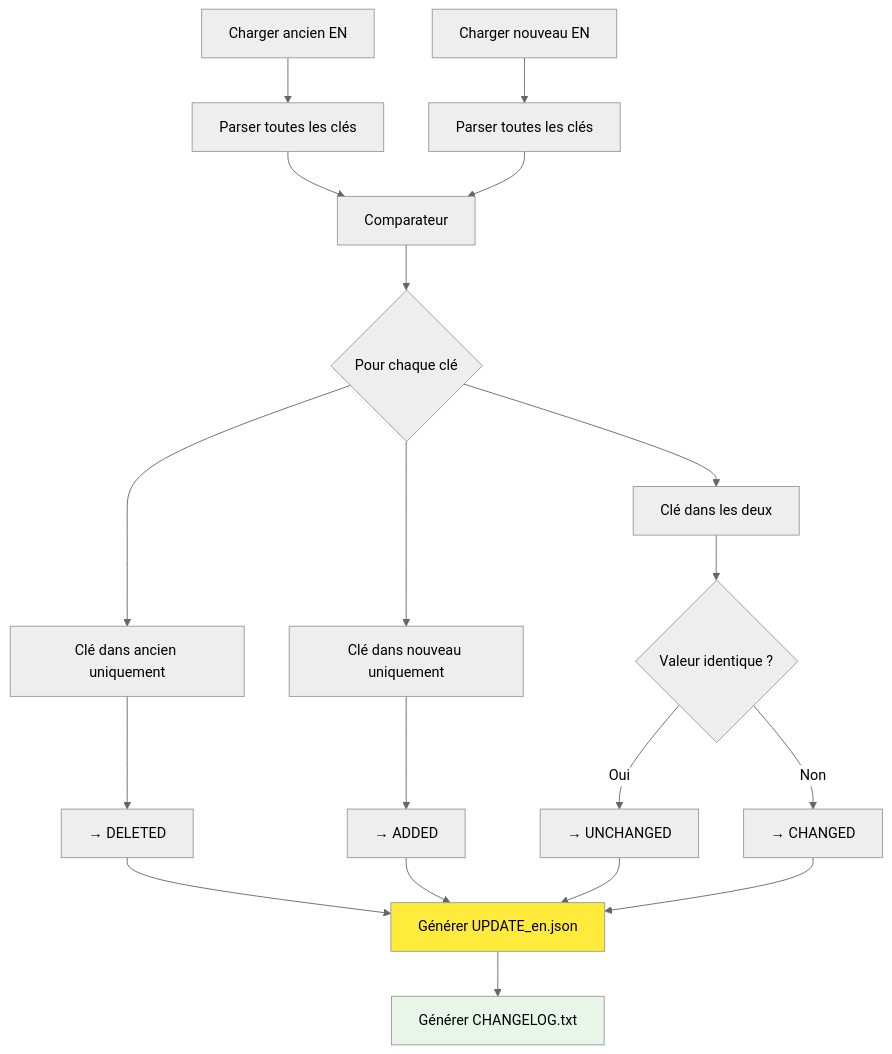
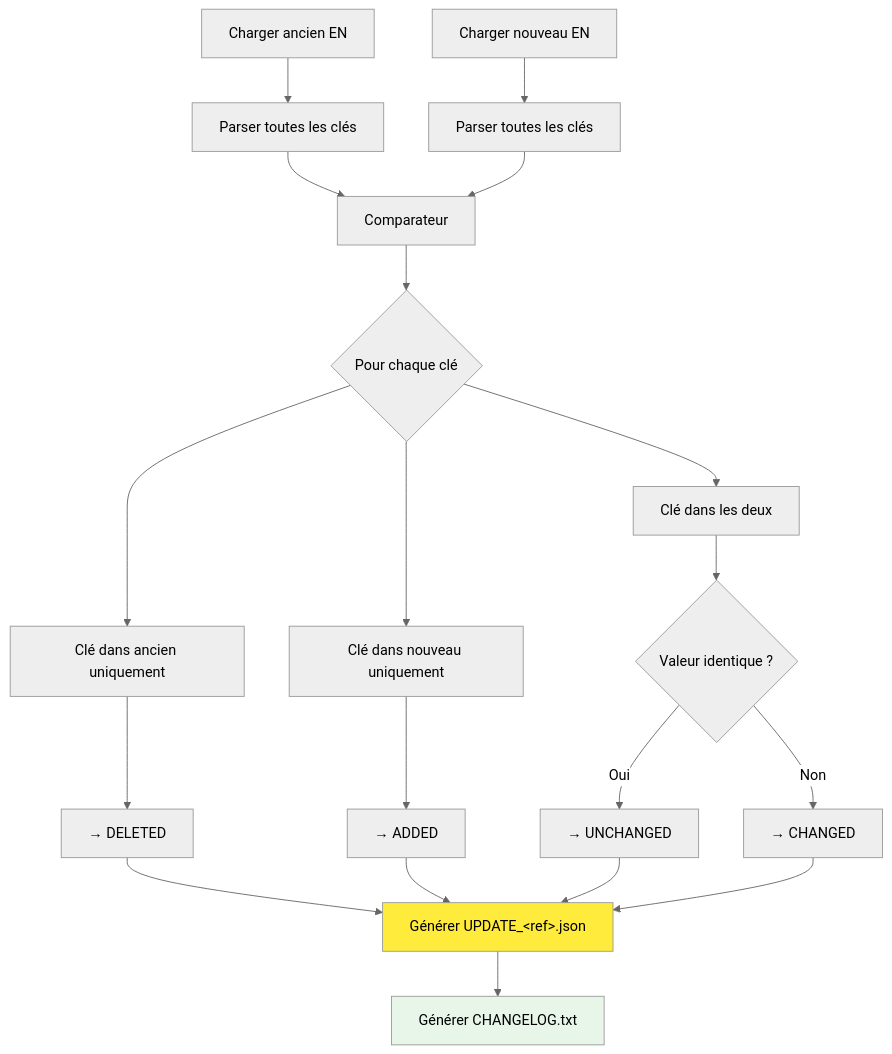
One commit to Gotcha26/Adobe_Lightroom_Translation_Plugins_Kit changed the second of 2 diagrams in tools/translator/__doc__/fr/commandes/COMPARE.md. Above: the diagram before and after it, drawn with Mermaid (neutral theme). The commit also changed other lines of this file and 28 other files, not shown here.

````diff
--- a/tools/translator/__doc__/fr/commandes/COMPARE.md
+++ b/tools/translator/__doc__/fr/commandes/COMPARE.md
@@ -55,27 +55,27 @@
 ```mermaid
 flowchart TD
     A["Charger ancien EN"] --> B["Parser toutes les clés"]
     C["Charger nouveau EN"] --> D["Parser toutes les clés"]
 
     B --> E["Comparateur"]
     D --> E
 
     E --> F{"Pour chaque clé"}
 
     F --> G["Clé dans ancien uniquement"]
     G --> H["→ DELETED"]
 
     F --> I["Clé dans nouveau uniquement"]
     I --> J["→ ADDED"]
 
     F --> K["Clé dans les deux"]
     K --> L{"Valeur identique ?"}
     L -->|Oui| M["→ UNCHANGED"]
     L -->|Non| N["→ CHANGED"]
 
-    H & J & M & N --> O["Générer UPDATE_en.json"]
+    H & J & M & N --> O["Générer UPDATE_&lt;ref&gt;.json"]
     O --> P["Générer CHANGELOG.txt"]
 
     style O fill:#FFEB3B,color:#000
     style P fill:#E8F5E9
 ```
````
